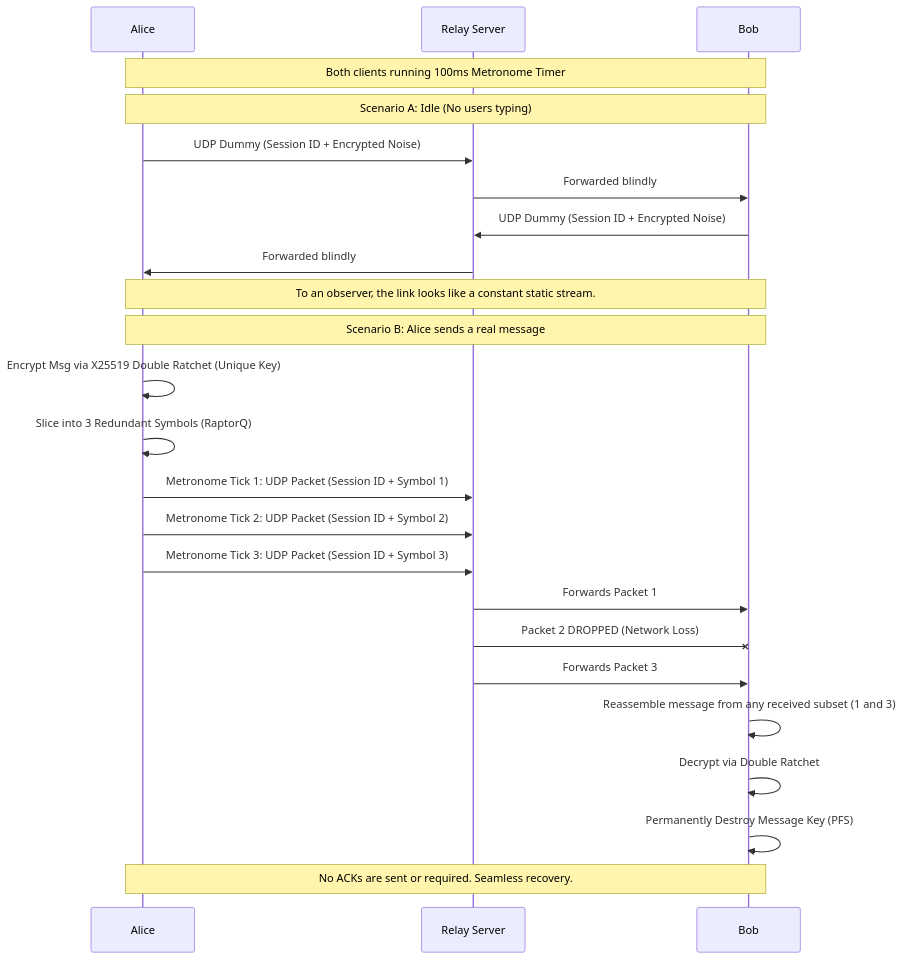
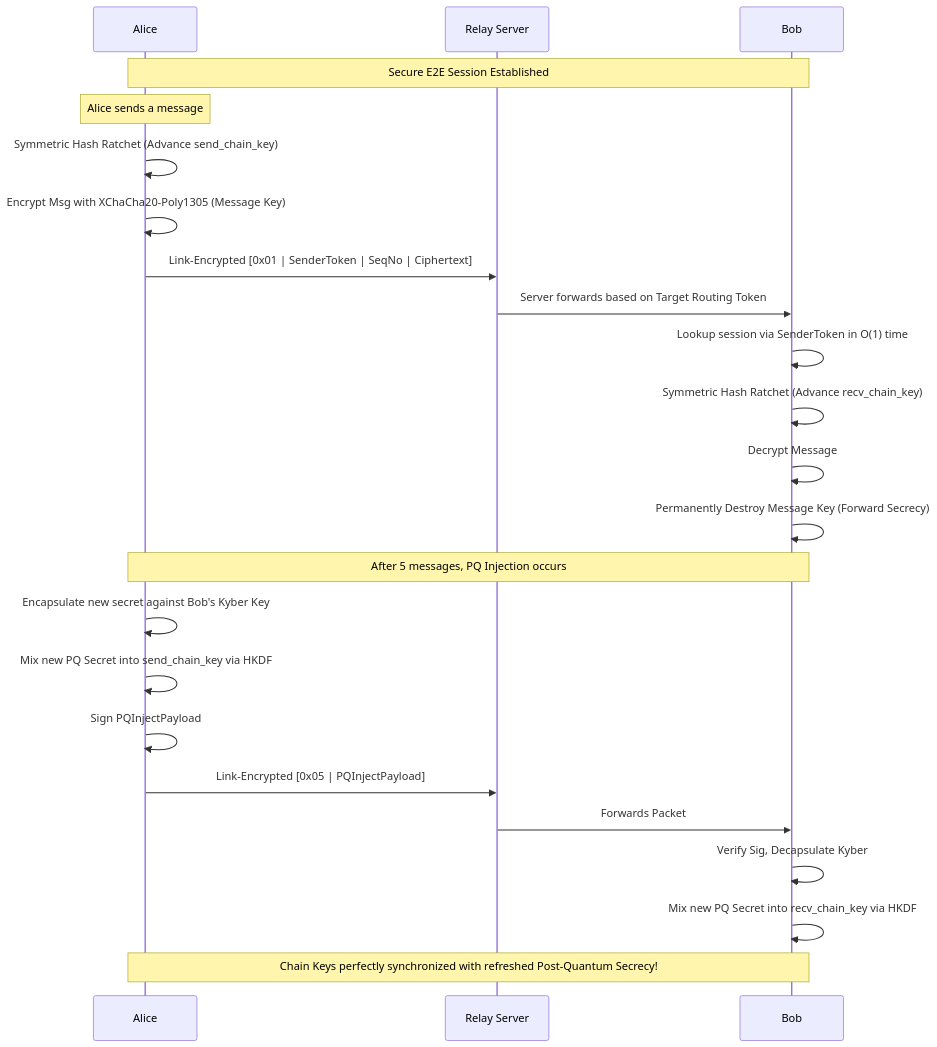
Before and after one commit to Lxadams/Cryptogram: the second of 3 diagrams in documentations/architecture-diagrams.md, drawn with Mermaid. The commit also changed other lines of this file and 9 other files, not shown here.

Commit message:
docs and diagrams

````diff
--- a/documentations/architecture-diagrams.md
+++ b/documentations/architecture-diagrams.md
@@ -53,31 +47,30 @@
 ```mermaid
 sequenceDiagram
     participant A as Alice
     participant S as Relay Server
     participant B as Bob
 
-    Note over A, B: Both clients running 100ms Metronome Timer
+    Note over A, B: Secure E2E Session Established
+
+    Note over A: Alice sends a message
+    A->>A: Symmetric Hash Ratchet (Advance send_chain_key)
+    A->>A: Encrypt Msg with XChaCha20-Poly1305 (Message Key)
+    A->>S: Link-Encrypted [0x01 | SenderToken | SeqNo | Ciphertext]
     
-    Note over A, B: Scenario A: Idle (No users typing)
-    A->>S: UDP Dummy (Session ID + Encrypted Noise)
-    S->>B: Forwarded blindly
-    B->>S: UDP Dummy (Session ID + Encrypted Noise)
-    S->>A: Forwarded blindly
-    Note over A, B: To an observer, the link looks like a constant static stream.
+    S->>B: Server forwards based on Target Routing Token
+    
+    B->>B: Lookup session via SenderToken in O(1) time
+    B->>B: Symmetric Hash Ratchet (Advance recv_chain_key)
+    B->>B: Decrypt Message
+    B->>B: Permanently Destroy Message Key (Forward Secrecy)
 
-    Note over A, B: Scenario B: Alice sends a real message
-    A->>A: Encrypt Msg via X25519 Double Ratchet (Unique Key)
-    A->>A: Slice into 3 Redundant Symbols (RaptorQ)
-    A->>S: Metronome Tick 1: UDP Packet (Session ID + Symbol 1)
-    A->>S: Metronome Tick 2: UDP Packet (Session ID + Symbol 2)
-    A->>S: Metronome Tick 3: UDP Packet (Session ID + Symbol 3)
-    
-    S->>B: Forwards Packet 1
-    S-xB: Packet 2 DROPPED (Network Loss)
-    S->>B: Forwards Packet 3
-    
-    B->>B: Reassemble message from any received subset (1 and 3)
-    B->>B: Decrypt via Double Ratchet
-    B->>B: Permanently Destroy Message Key (PFS)
-    Note over A, B: No ACKs are sent or required. Seamless recovery.
+    Note over A, B: After 5 messages, PQ Injection occurs
+    A->>A: Encapsulate new secret against Bob's Kyber Key
+    A->>A: Mix new PQ Secret into send_chain_key via HKDF
+    A->>A: Sign PQInjectPayload
+    A->>S: Link-Encrypted [0x05 | PQInjectPayload]
+    S->>B: Forwards Packet
+    B->>B: Verify Sig, Decapsulate Kyber
+    B->>B: Mix new PQ Secret into recv_chain_key via HKDF
+    Note over A, B: Chain Keys perfectly synchronized with refreshed Post-Quantum Secrecy!
 ```
````
